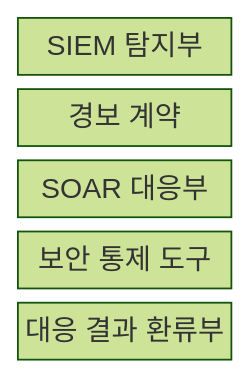
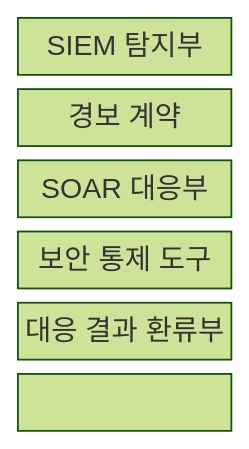
One commit to agnusdei1207/knowledge-base changed the first of 2 diagrams in src/content/docs/notes/04-network/095_siem_vs_soar_comparison.md. Above: the diagram before and after it, drawn with Mermaid (forest theme). The commit also changed other lines of this file and 122 other files, not shown here.

````diff
--- a/src/content/docs/notes/04-network/095_siem_vs_soar_comparison.md
+++ b/src/content/docs/notes/04-network/095_siem_vs_soar_comparison.md
@@ -51,9 +51,11 @@
 ```mermaid
 block-beta
     columns 1
     SIEM["SIEM 탐지부"]
     CONTRACT["경보 계약"]
     SOAR["SOAR 대응부"]
     TOOL["보안 통제 도구"]
     FEEDBACK["대응 결과 환류부"]
+    SIEM --- CONTRACT --- SOAR
+    SOAR --- TOOL --- FEEDBACK
 ```
````
